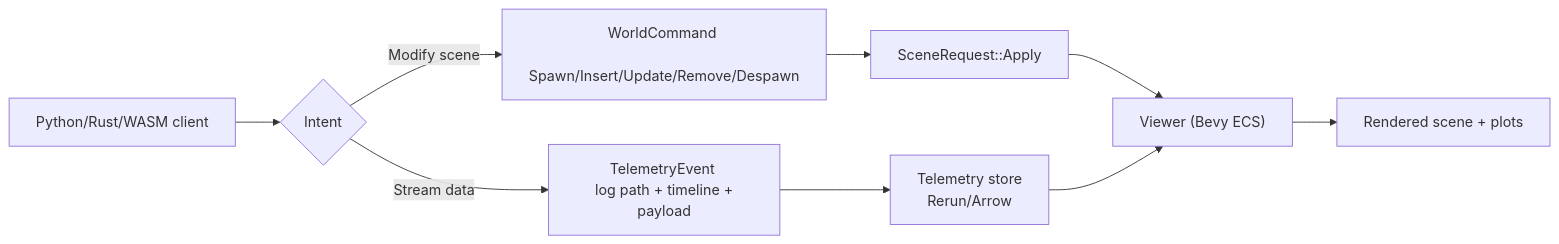
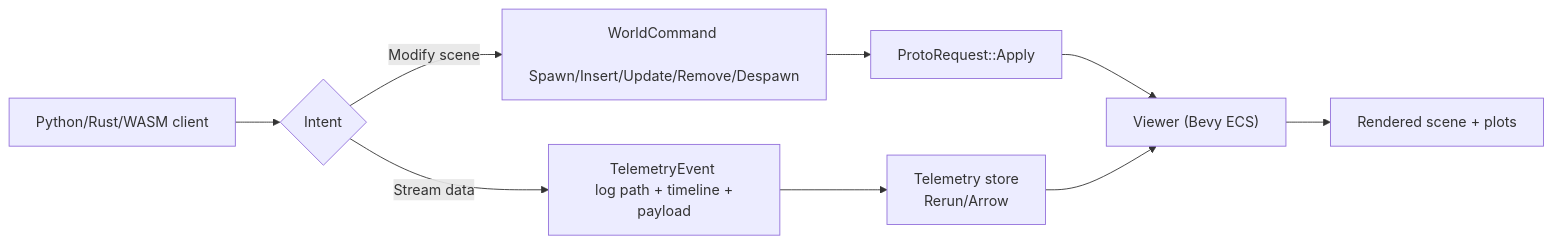
Before and after one commit to soraxas/dimensify: the first of 2 diagrams in docs/protocol.md, drawn with Mermaid. The commit also changed other lines of this file and 41 other files, not shown here.

````diff
--- a/docs/protocol.md
+++ b/docs/protocol.md
@@ -45,11 +45,11 @@
 ```mermaid
 flowchart LR
     A[Python/Rust/WASM client] --> B{Intent}
     B -->|Modify scene| C["WorldCommand <br> Spawn/Insert/Update/Remove/Despawn"]
     B -->|Stream data| D[TelemetryEvent <br> log path + timeline + payload]
-    C --> E[SceneRequest::Apply]
+    C --> E[ProtoRequest::Apply]
     D --> F[Telemetry store <br> Rerun/Arrow]
     E --> G["Viewer (Bevy ECS)"]
     F --> G
     G --> H[Rendered scene + plots]
 ```
````
